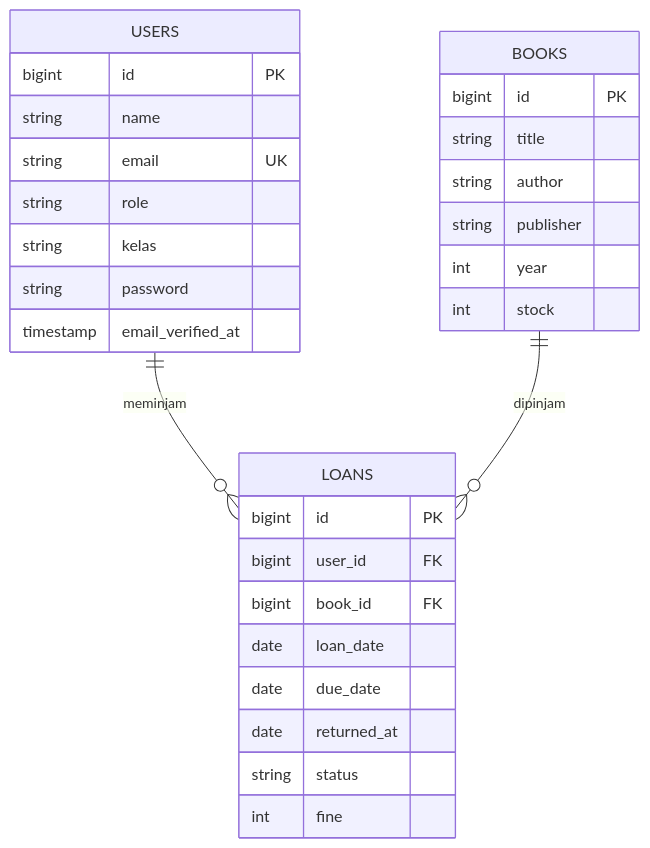
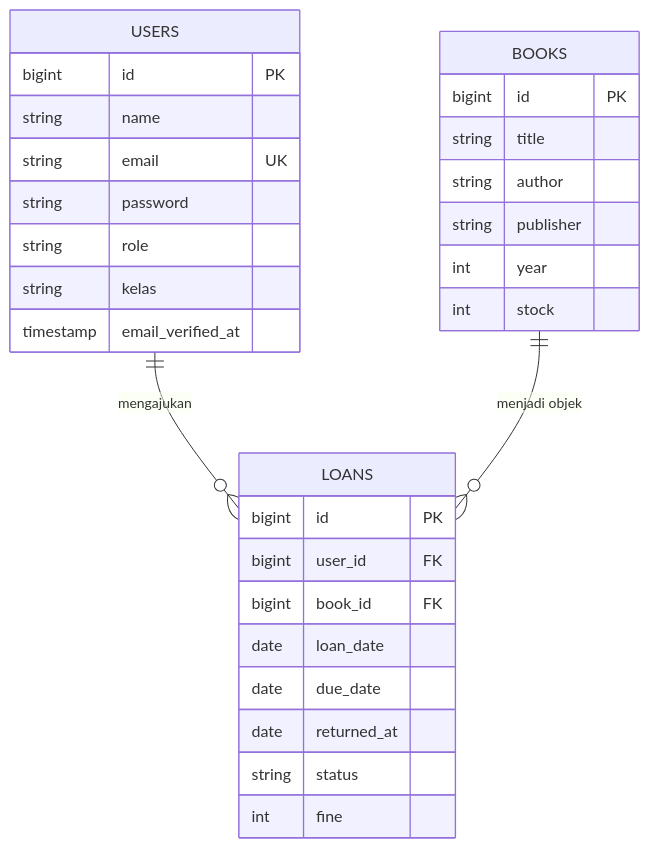
One commit to gesannn/UKK-2026-Andi-Alfatih-Ghaisan-Peminjaman-Buku changed the diagram in README.md. Above: the diagram before and after it, drawn with Mermaid. The commit also changed other lines of this file, not shown here.

````diff
--- a/README.md
+++ b/README.md
@@ -34,32 +41,32 @@
 ```mermaid
 erDiagram
-  USERS ||--o{ LOANS : meminjam
-  BOOKS ||--o{ LOANS : dipinjam
+  USERS ||--o{ LOANS : "mengajukan"
+  BOOKS ||--o{ LOANS : "menjadi objek"
   USERS {
     bigint id PK
     string name
     string email UK
+    string password
     string role
     string kelas
-    string password
     timestamp email_verified_at
   }
   BOOKS {
     bigint id PK
     string title
     string author
     string publisher
     int year
     int stock
   }
   LOANS {
     bigint id PK
     bigint user_id FK
     bigint book_id FK
     date loan_date
     date due_date
     date returned_at
     string status
     int fine
   }
 ```
````
